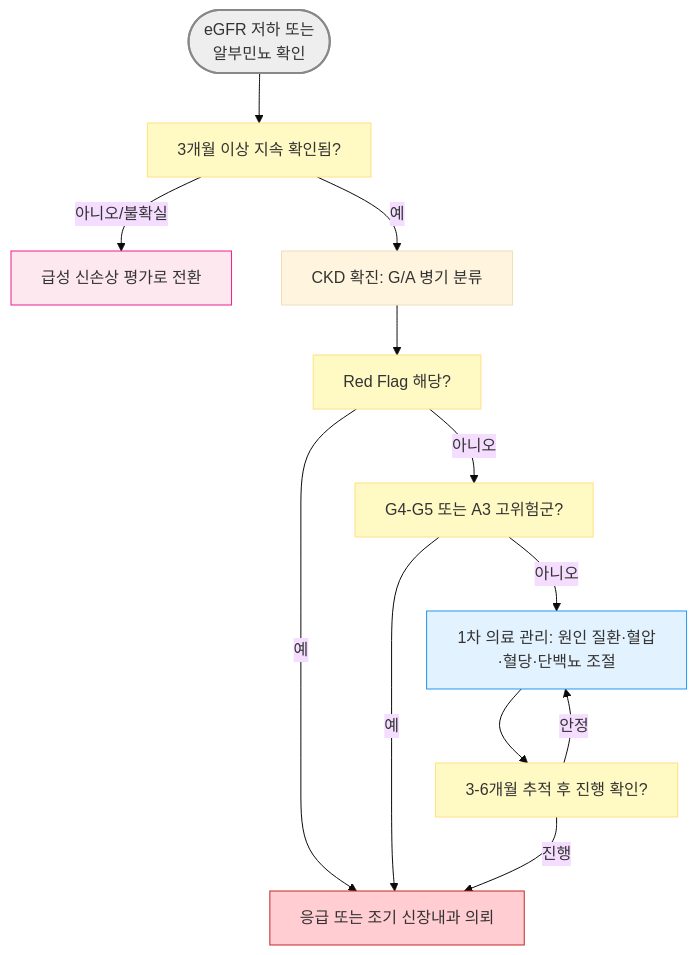
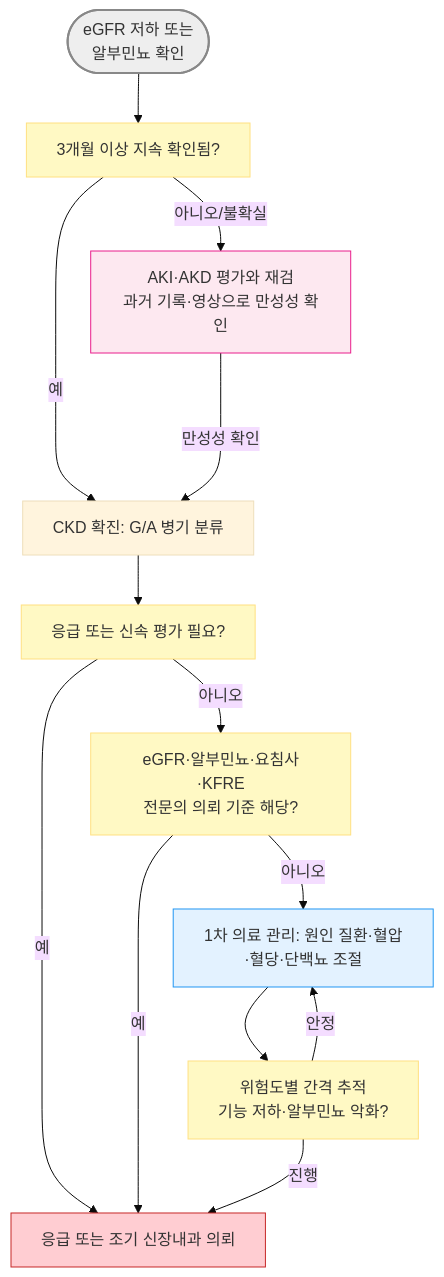
Before and after one commit to familyoh77/familyoh77: the diagram in 227_/112_-chronic-kidney-disease-ckd.md, drawn with Mermaid (base theme). The commit also changed other lines of this file and 3 other files, not shown here.

````diff
--- a/227_/112_-chronic-kidney-disease-ckd.md
+++ b/227_/112_-chronic-kidney-disease-ckd.md
@@ -175,21 +182,22 @@
 ```mermaid
 graph TD
     A([eGFR 저하 또는 <br/>알부민뇨 확인]) --> B[3개월 이상 지속 확인됨?]
-    B -- 아니오/불확실 --> C[급성 신손상 평가로 전환]
+    B -- 아니오/불확실 --> C[AKI·AKD 평가와 재검<br/>과거 기록·영상으로 만성성 확인]
     B -- 예 --> D[CKD 확진: G/A 병기 분류]
-    D --> E[Red Flag 해당?]
+    D --> E[응급 또는 신속 평가 필요?]
     E -- 예 --> F[응급 또는 조기 신장내과 의뢰]
-    E -- 아니오 --> G[G4-G5 또는 A3 고위험군?]
+    E -- 아니오 --> G[eGFR·알부민뇨·요침사·KFRE<br/>전문의 의뢰 기준 해당?]
     G -- 예 --> F
     G -- 아니오 --> H[1차 의료 관리: 원인 질환·혈압·혈당·단백뇨 조절]
-    H --> I[3-6개월 추적 후 진행 확인?]
+    H --> I[위험도별 간격 추적<br/>기능 저하·알부민뇨 악화?]
     I -- 진행 --> F
     I -- 안정 --> H
+    C --->|만성성 확인| D
 
 style A fill:#eeeeee,stroke:#888888,stroke-width:2px
 classDef yellow fill:#fff9c4,stroke:#ffe082
 class B,E,G,I yellow
 style H fill:#e3f2ff,stroke:#2196f3
 style C fill:#fde8f0,stroke:#e91e8c
 style F fill:#ffcdd2,stroke:#c62828
 ```
````
